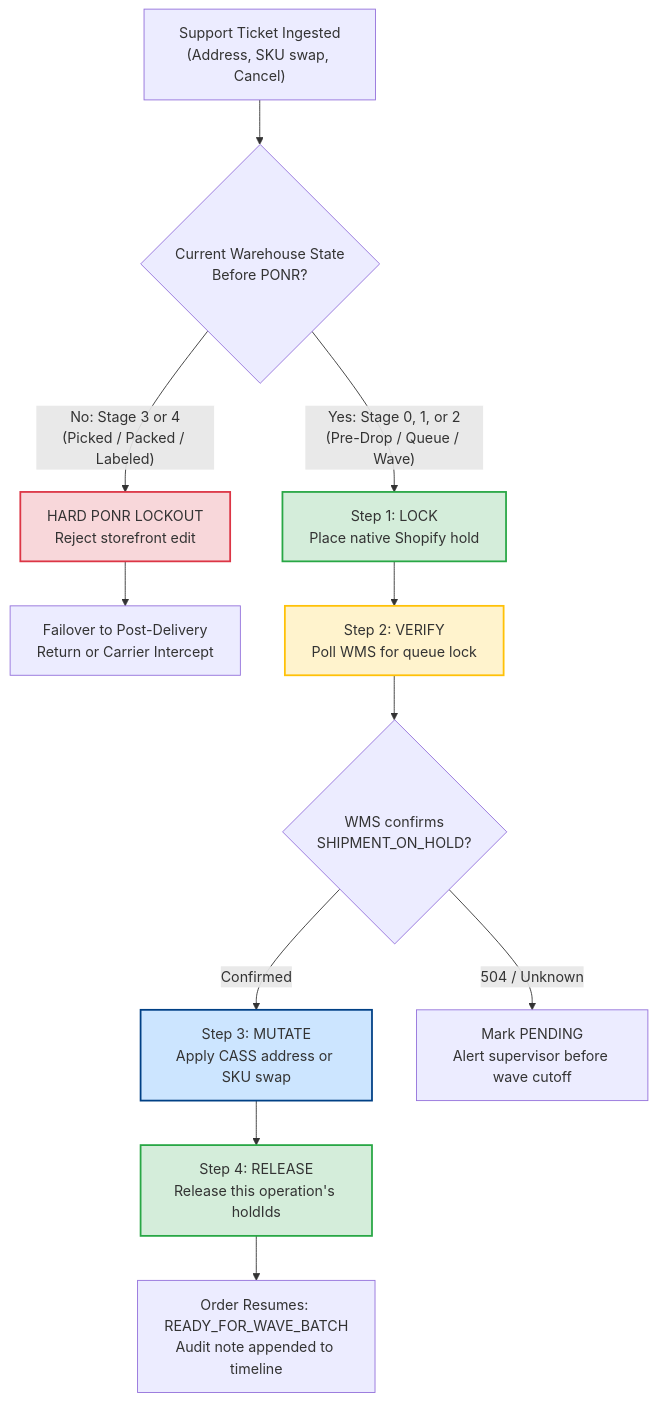
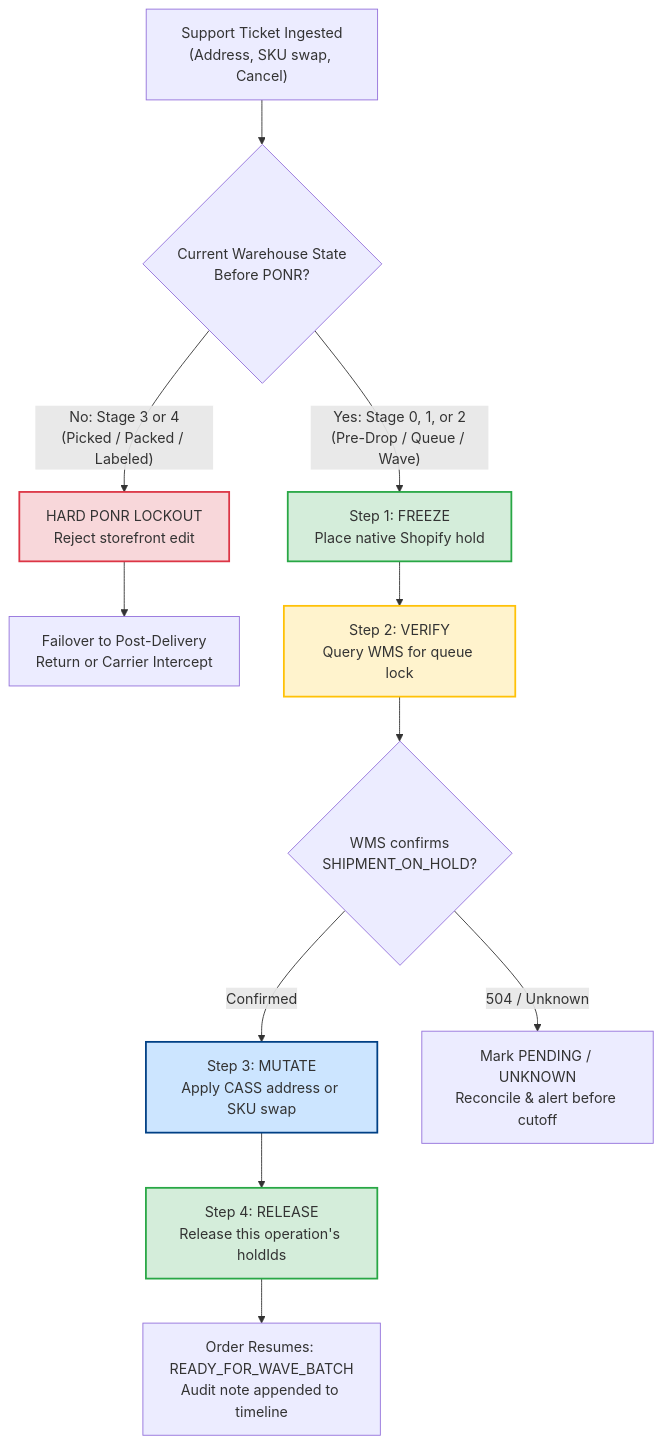
One commit to riovicsusas/portfolio changed the third of 4 diagrams in domain-1-order-lifecycle/TechnicalStudy-Domain1-OrderStateMachineAndPONR.md. Above: the diagram before and after it, drawn with Mermaid. The commit also changed other lines of this file and 3 other files, not shown here.

````diff
--- a/domain-1-order-lifecycle/TechnicalStudy-Domain1-OrderStateMachineAndPONR.md
+++ b/domain-1-order-lifecycle/TechnicalStudy-Domain1-OrderStateMachineAndPONR.md
@@ -468,23 +290,23 @@
 ```mermaid
 flowchart TD
     A["Support Ticket Ingested<br>(Address, SKU swap, Cancel)"] --> B{"Current Warehouse State<br>Before PONR?"}
     
     B -- "No: Stage 3 or 4<br>(Picked / Packed / Labeled)" --> C["HARD PONR LOCKOUT<br>Reject storefront edit"]
     C --> D["Failover to Post-Delivery<br>Return or Carrier Intercept"]
 
-    B -- "Yes: Stage 0, 1, or 2<br>(Pre-Drop / Queue / Wave)" --> E["Step 1: LOCK<br>Place native Shopify hold"]
-    E --> F["Step 2: VERIFY<br>Poll WMS for queue lock"]
+    B -- "Yes: Stage 0, 1, or 2<br>(Pre-Drop / Queue / Wave)" --> E["Step 1: FREEZE<br>Place native Shopify hold"]
+    E --> F["Step 2: VERIFY<br>Query WMS for queue lock"]
     
     F --> G{"WMS confirms<br>SHIPMENT_ON_HOLD?"}
     G -- "Confirmed" --> H["Step 3: MUTATE<br>Apply CASS address or SKU swap"]
-    G -- "504 / Unknown" --> I["Mark PENDING<br>Alert supervisor before wave cutoff"]
+    G -- "504 / Unknown" --> I["Mark PENDING / UNKNOWN<br>Reconcile & alert before cutoff"]
     
     H --> J["Step 4: RELEASE<br>Release this operation's holdIds"]
     J --> K["Order Resumes: READY_FOR_WAVE_BATCH<br>Audit note appended to timeline"]
 
     style C fill:#f8d7da,stroke:#dc3545,stroke-width:2px;
     style E fill:#d4edda,stroke:#28a745,stroke-width:2px;
     style F fill:#fff3cd,stroke:#ffc107,stroke-width:2px;
     style H fill:#cce5ff,stroke:#004085,stroke-width:2px;
     style J fill:#d4edda,stroke:#28a745,stroke-width:2px;
 ```
````
